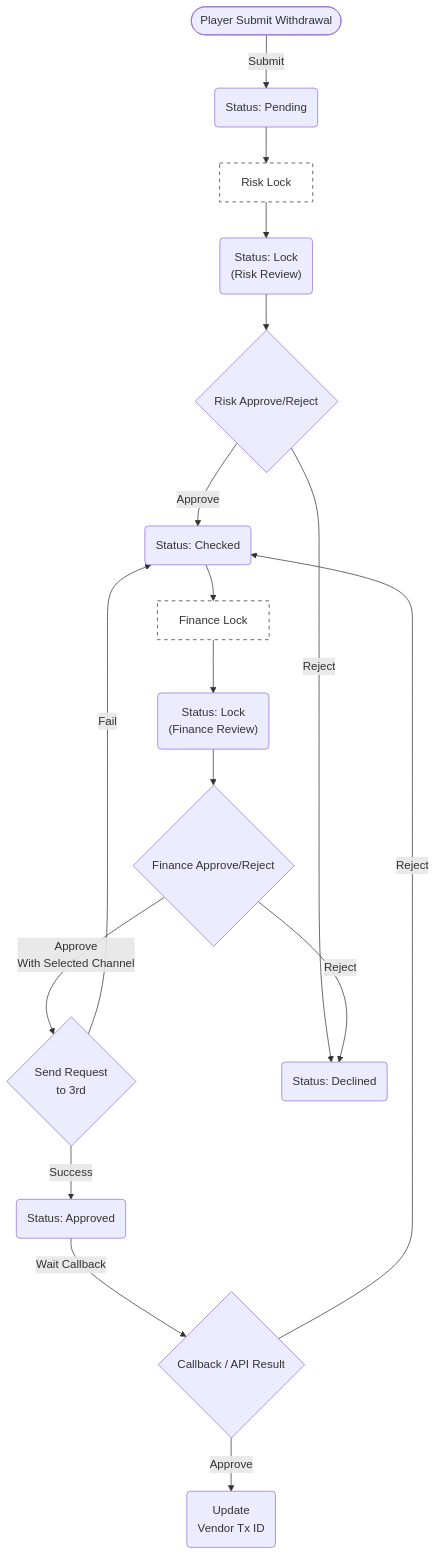
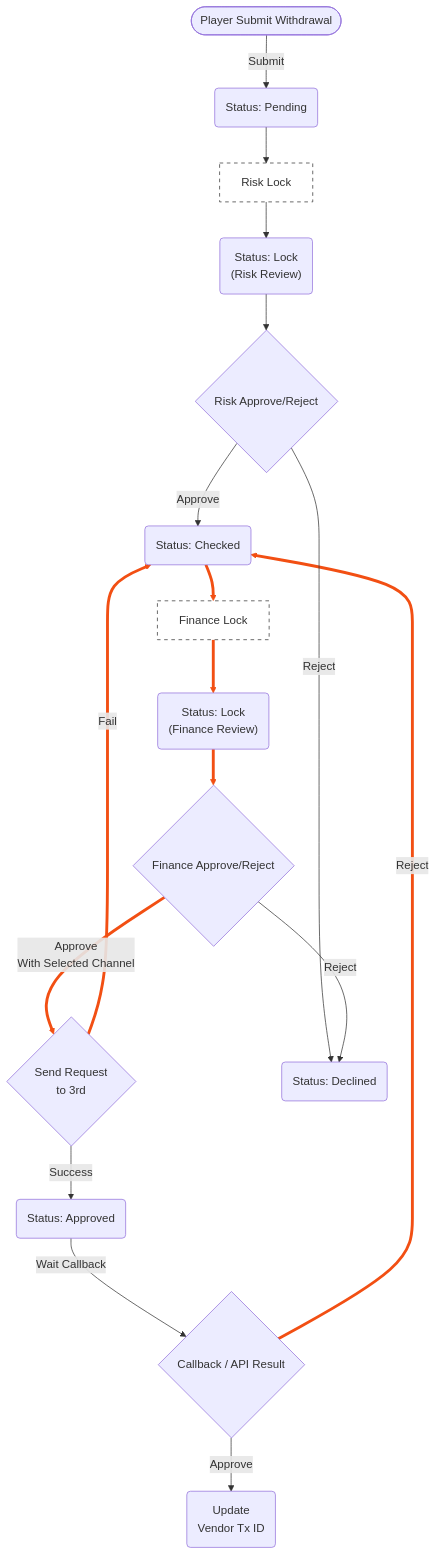
One commit to almightyken0425/SuSuGiGiSpec changed the first of 2 diagrams in no99_archive/sitflowchart.md. Above: the diagram before and after it, drawn with Mermaid.

````diff
--- a/no99_archive/sitflowchart.md
+++ b/no99_archive/sitflowchart.md
@@ -29,54 +29,55 @@
 ```mermaid
 graph TD
     %% 節點定義
     Start(["Player Submit Withdrawal"])
     Pending("Status: Pending")
     
     RiskLockActionBox["Risk Lock"]
     RiskLock("Status: Lock<br/>(Risk Review)")
     
     RiskAction{"Risk Approve/Reject"}
     Checked("Status: Checked")
     
     FinanceLockActionBox["Finance Lock"]
     FinanceLock("Status: Lock<br/>(Finance Review)")
     
     FinanceAction{"Finance Approve/Reject"}
     RequestAction{"Send Request<br/>to 3rd"}
     FinanceApproved("Status: Approved")
     
     Decline("Status: Declined")
     Success("Update<br>Vendor Tx ID")
     Callback{"Callback / API Result"}
 
     Start -->|"Submit"| Pending
     
     Pending --> RiskLockActionBox
     RiskLockActionBox --> RiskLock
     
     RiskLock --> RiskAction
     
     RiskAction -->|"Approve"| Checked
     
-    Checked --> FinanceLockActionBox
-    FinanceLockActionBox --> FinanceLock
+    Checked ==> FinanceLockActionBox
+    FinanceLockActionBox ==> FinanceLock
     
-    FinanceLock --> FinanceAction
+    FinanceLock ==> FinanceAction
     
-    FinanceAction -->|"Approve<br/>With Selected Channel"| RequestAction
+    FinanceAction ==>|"Approve<br/>With Selected Channel"| RequestAction
     
     RequestAction -->|"Success"| FinanceApproved
     RequestAction -->|"Fail"| Checked
     
     FinanceApproved -->|"Wait Callback"| Callback
 
     Callback -->|"Approve"| Success
     Callback -->|"Reject"| Checked
 
-    %% 補回拒絕路徑
     RiskAction -->|"Reject"| Decline
     FinanceAction -->|"Reject"| Decline
+
+    linkStyle 5,6,7,8,10,13 stroke:#F24F13,stroke-width:4px;
 
     style RiskLockActionBox fill:#fff,stroke:#333,stroke-dasharray: 5 5
     style FinanceLockActionBox fill:#fff,stroke:#333,stroke-dasharray: 5 5
 ```
````
